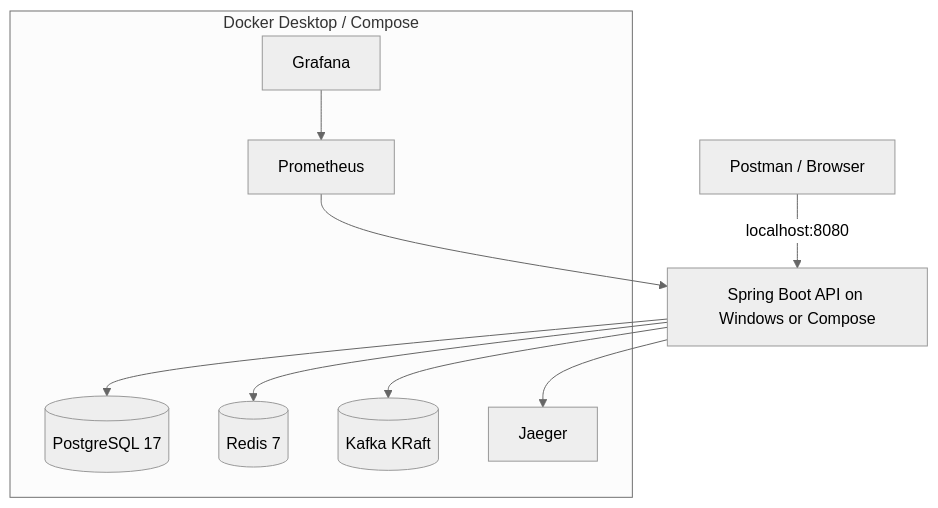
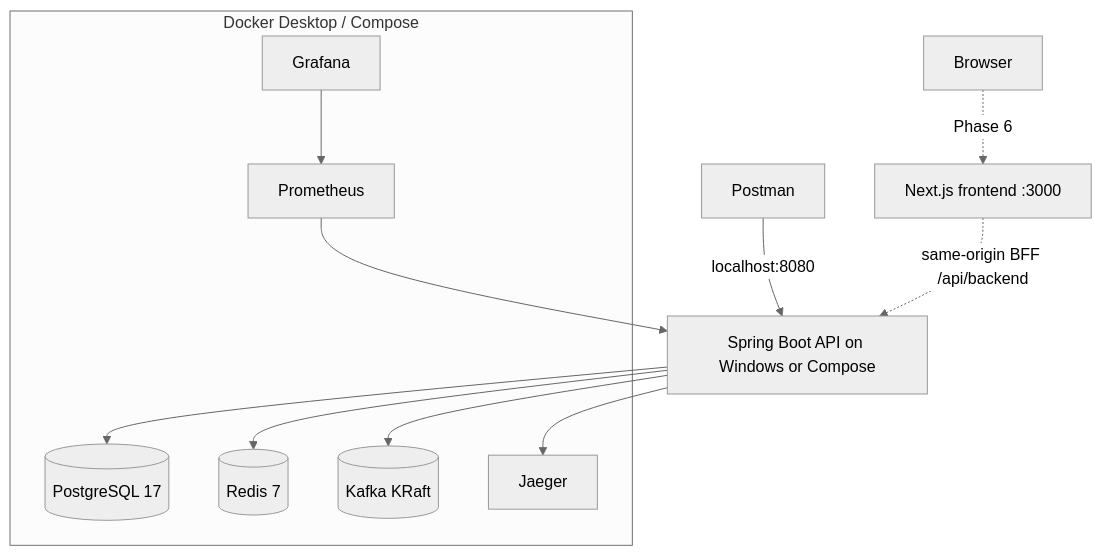
The first of 2 diagrams in docs/architecture/deployment-diagram.md (cyrushun/enterprise-payment-platform), drawn with Mermaid (neutral theme) before and after one commit. The commit also changed other lines of this file and 87 other files, not shown here.

````diff
--- a/docs/architecture/deployment-diagram.md
+++ b/docs/architecture/deployment-diagram.md
@@ -5,18 +5,20 @@
 ```mermaid
 flowchart TB
-  Client[Postman / Browser] -->|localhost:8080| API[Spring Boot API on Windows or Compose]
+  Client[Postman] -->|localhost:8080| API[Spring Boot API on Windows or Compose]
+  Browser[Browser] -. Phase 6 .-> Frontend[Next.js frontend :3000]
+  Frontend -. same-origin BFF /api/backend .-> API
   subgraph DockerDesktop[Docker Desktop / Compose]
     PG[(PostgreSQL 17)]
     Redis[(Redis 7)]
     Kafka[(Kafka KRaft)]
     Prom[Prometheus]
     Graf[Grafana]
     Jaeger[Jaeger]
   end
   API --> PG
   API --> Redis
   API --> Kafka
   API --> Jaeger
   Prom --> API
   Graf --> Prom
 ```
````
